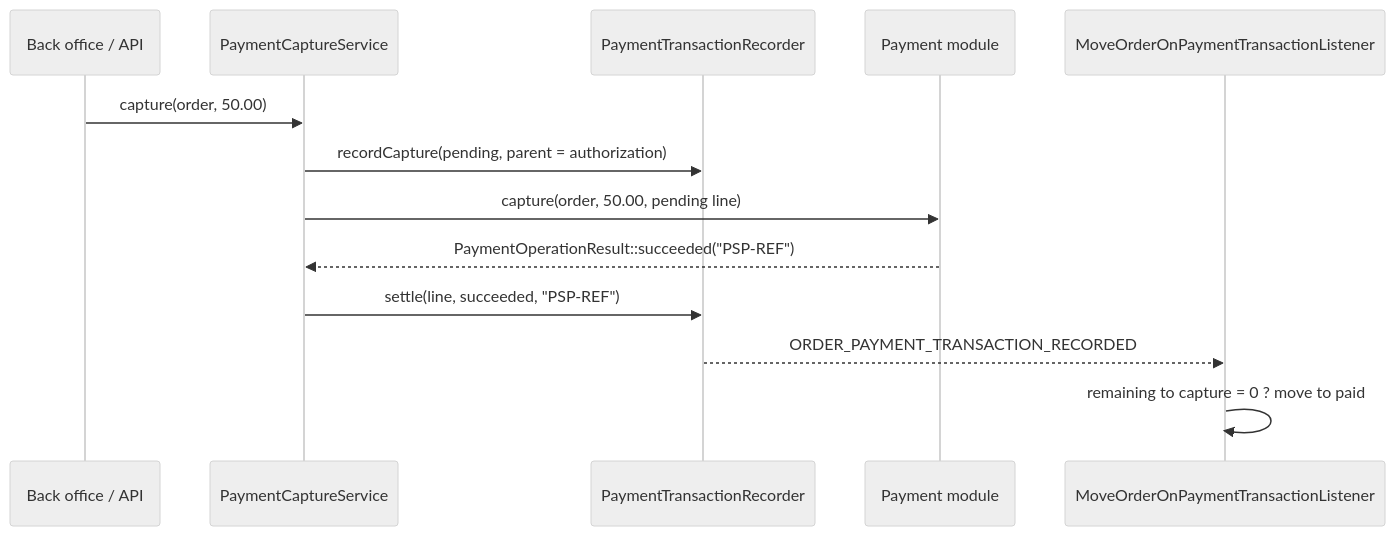
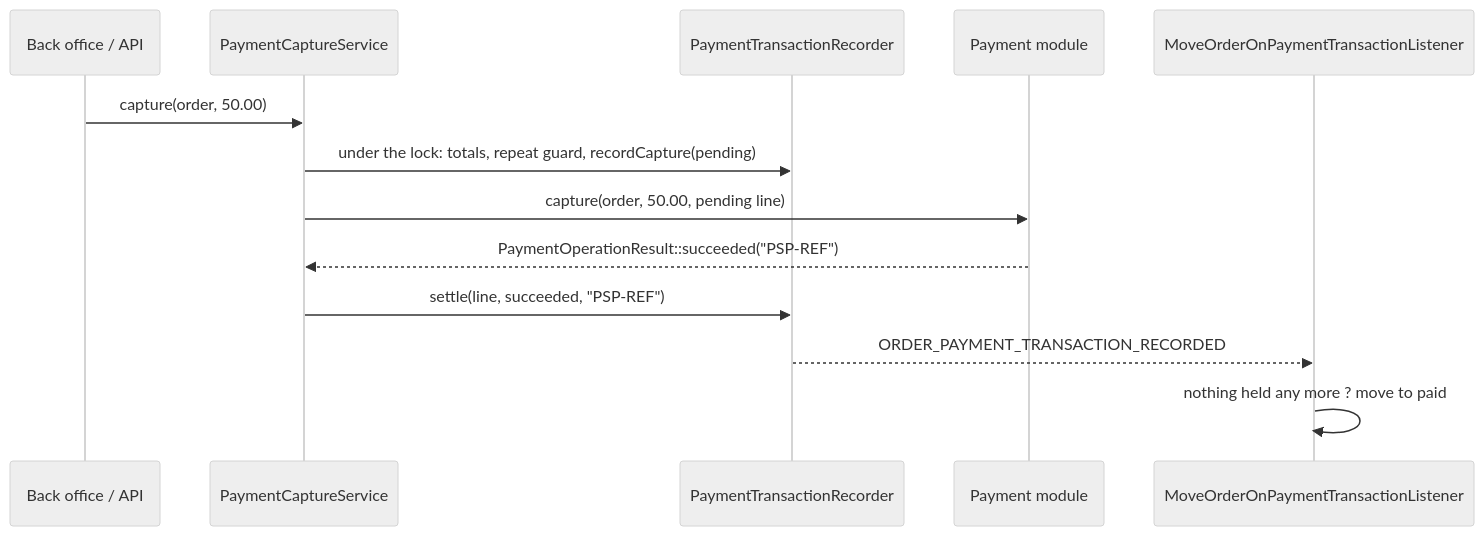
The second of 2 diagrams in docs/payment-transactions.md (thelia/thelia), drawn with Mermaid (neutral theme) before and after one commit. The commit also changed other lines of this file and 1 other file, not shown here.

Commit message:
docs(payment): describe the journal guards, the capture path and the upgrade of the capture right

````diff
--- a/docs/payment-transactions.md
+++ b/docs/payment-transactions.md
@@ -132,16 +173,16 @@
 ```mermaid
 sequenceDiagram
     participant BO as Back office / API
     participant S as PaymentCaptureService
     participant R as PaymentTransactionRecorder
     participant M as Payment module
     participant L as MoveOrderOnPaymentTransactionListener
 
     BO->>S: capture(order, 50.00)
-    S->>R: recordCapture(pending, parent = authorization)
+    S->>R: under the lock: totals, repeat guard, recordCapture(pending)
     S->>M: capture(order, 50.00, pending line)
     M-->>S: PaymentOperationResult::succeeded("PSP-REF")
     S->>R: settle(line, succeeded, "PSP-REF")
     R-->>L: ORDER_PAYMENT_TRANSACTION_RECORDED
-    L->>L: remaining to capture = 0 ? move to paid
+    L->>L: nothing held any more ? move to paid
 ```
````
